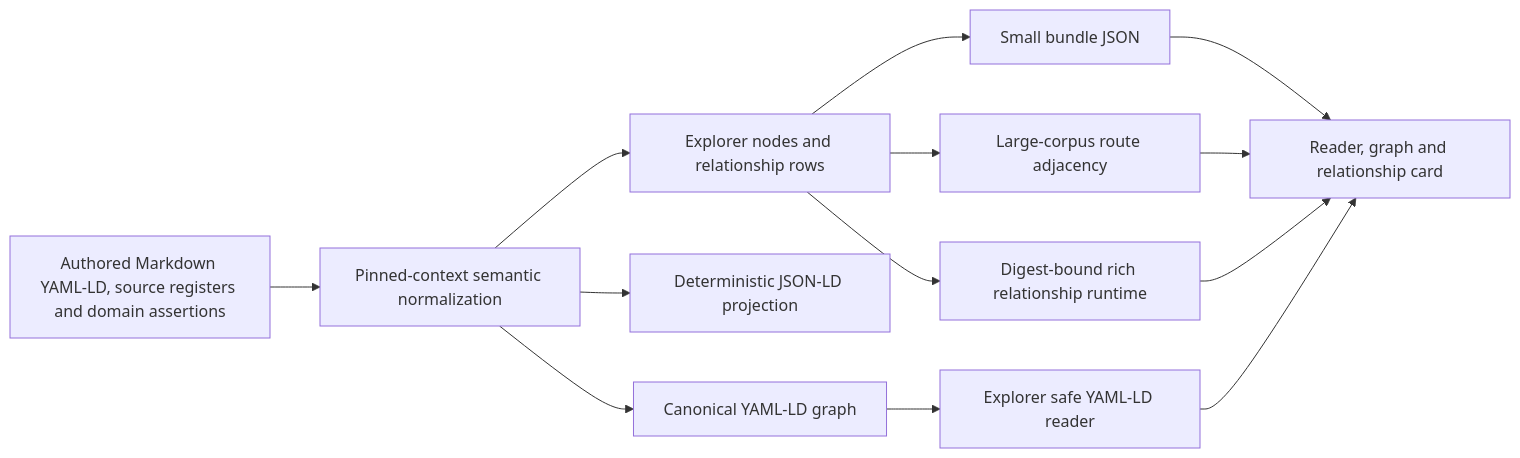
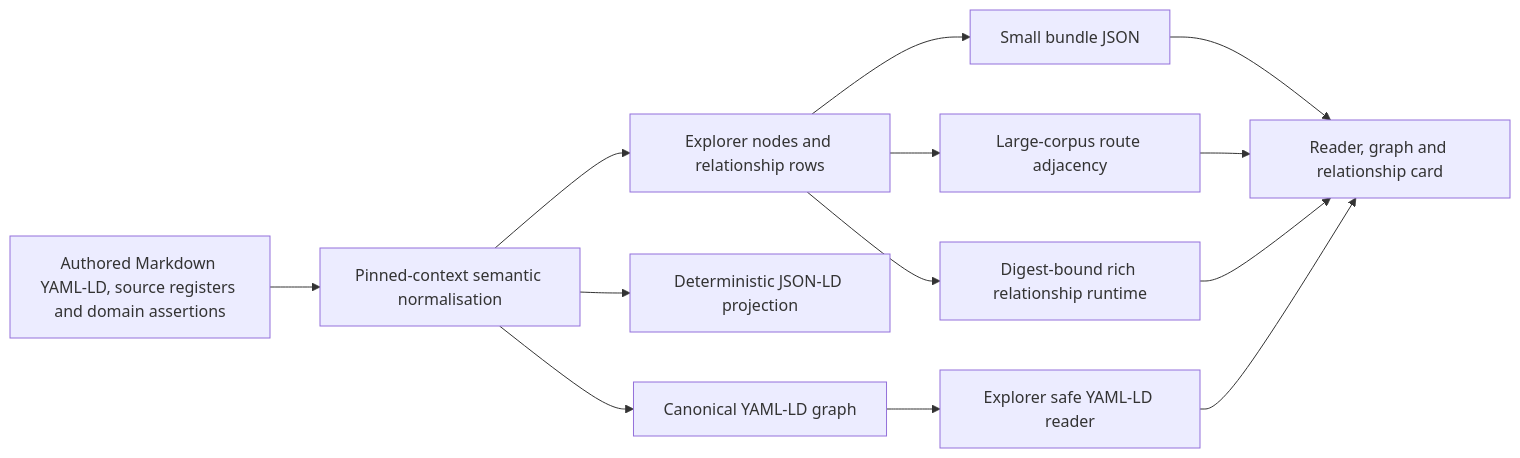
Before and after one commit to chris-page-gov/okf-explorer: the diagram in docs/okf-0.2-yaml-ld-semantic-authoring.md, drawn with Mermaid. The commit also changed other lines of this file and 48 other files, not shown here.

````diff
--- a/docs/okf-0.2-yaml-ld-semantic-authoring.md
+++ b/docs/okf-0.2-yaml-ld-semantic-authoring.md
@@ -22,15 +50,15 @@
 ```mermaid
 flowchart LR
-  A["Authored Markdown YAML-LD, source registers and domain assertions"] --> B["Pinned-context semantic normalization"]
+  A["Authored Markdown YAML-LD, source registers and domain assertions"] --> B["Pinned-context semantic normalisation"]
   B --> C["Canonical YAML-LD graph"]
   B --> D["Deterministic JSON-LD projection"]
   B --> E["Explorer nodes and relationship rows"]
   E --> F["Small bundle JSON"]
   E --> G["Large-corpus route adjacency"]
   E --> J["Digest-bound rich relationship runtime"]
   C --> H["Explorer safe YAML-LD reader"]
   F --> I["Reader, graph and relationship card"]
   G --> I
   J --> I
   H --> I
 ```
````
